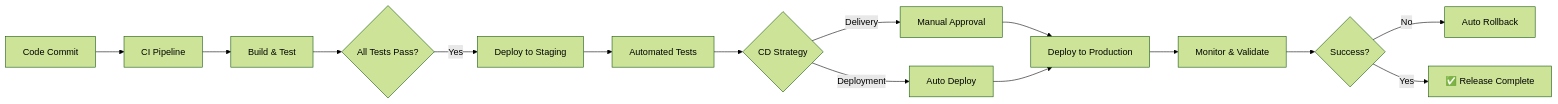
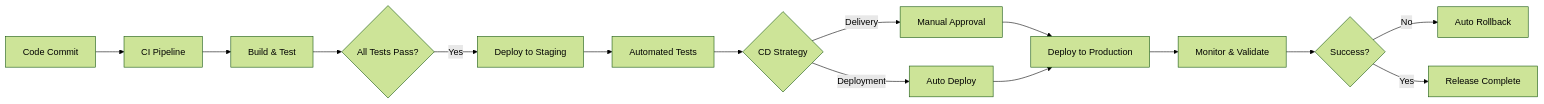
Before and after one commit to andres-olarte396/devops-laoz-learning-path: the diagram in resources/fase2/04-entrega-continua.md, drawn with Mermaid (forest theme). The commit also changed other lines of this file and 47 other files, not shown here.

````diff
--- a/resources/fase2/04-entrega-continua.md
+++ b/resources/fase2/04-entrega-continua.md
@@ -23,20 +23,20 @@
 ```mermaid
 graph LR
     A[Code Commit] --> B[CI Pipeline]
     B --> C[Build & Test]
     C --> D{All Tests Pass?}
     D -->|Yes| E[Deploy to Staging]
     E --> F[Automated Tests]
     F --> G{CD Strategy}
-    
+
     G -->|Delivery| H[Manual Approval]
     G -->|Deployment| I[Auto Deploy]
-    
+
     H --> J[Deploy to Production]
     I --> J
-    
+
     J --> K[Monitor & Validate]
     K --> L{Success?}
     L -->|No| M[Auto Rollback]
-    L -->|Yes| N[✅ Release Complete]
+    L -->|Yes| N[ Release Complete]
 ```
````
